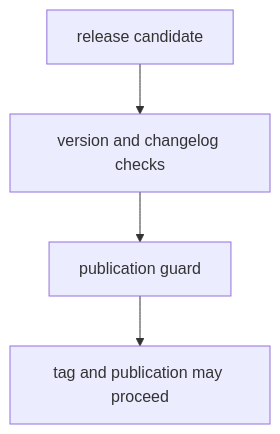
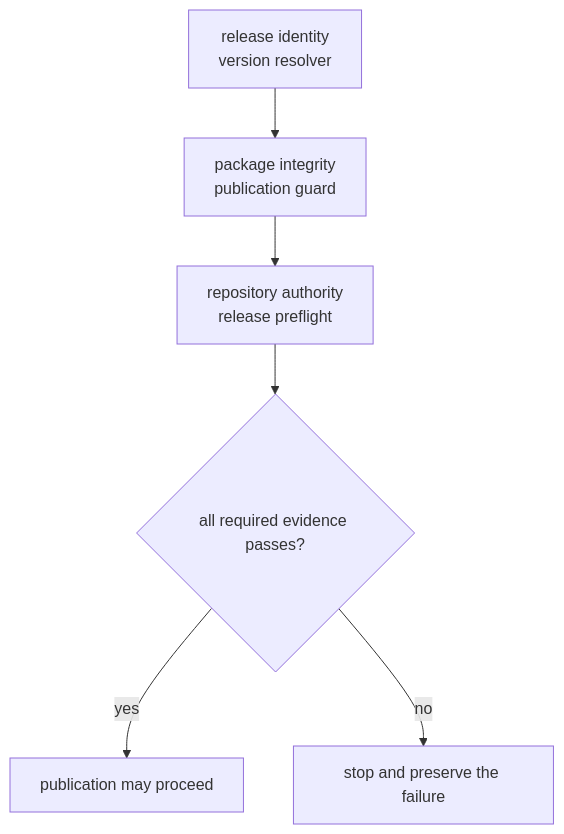
Before and after one commit to bijux/bijux-proteomics: the diagram in docs/08-bijux-proteomics-maintain/bijux-proteomics-dev/release-support.md, drawn with Mermaid. The commit also changed other lines of this file and 2 other files, not shown here.

Commit message:
docs(release): define package-family publication proof

````diff
--- a/docs/08-bijux-proteomics-maintain/bijux-proteomics-dev/release-support.md
+++ b/docs/08-bijux-proteomics-maintain/bijux-proteomics-dev/release-support.md
@@ -16,11 +19,13 @@
 ```mermaid
 flowchart TB
-    release["release candidate"]
-    version["version and changelog checks"]
-    guard["publication guard"]
-    publish["tag and publication may proceed"]
+    identity["release identity<br/>version resolver"]
+    package["package integrity<br/>publication guard"]
+    authority["repository authority<br/>release preflight"]
+    decision{"all required evidence passes?"}
+    publish["publication may proceed"]
+    refuse["stop and preserve the failure"]
 
-    release --> version
-    version --> guard
-    guard --> publish
+    identity --> package --> authority --> decision
+    decision -->|yes| publish
+    decision -->|no| refuse
 ```
````
